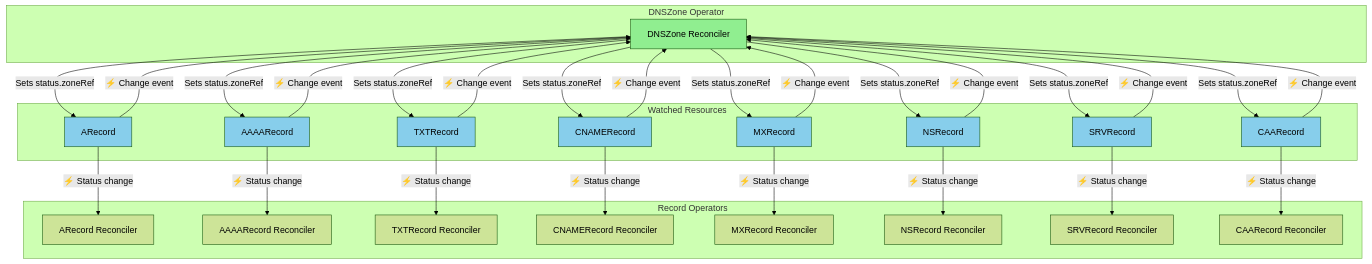
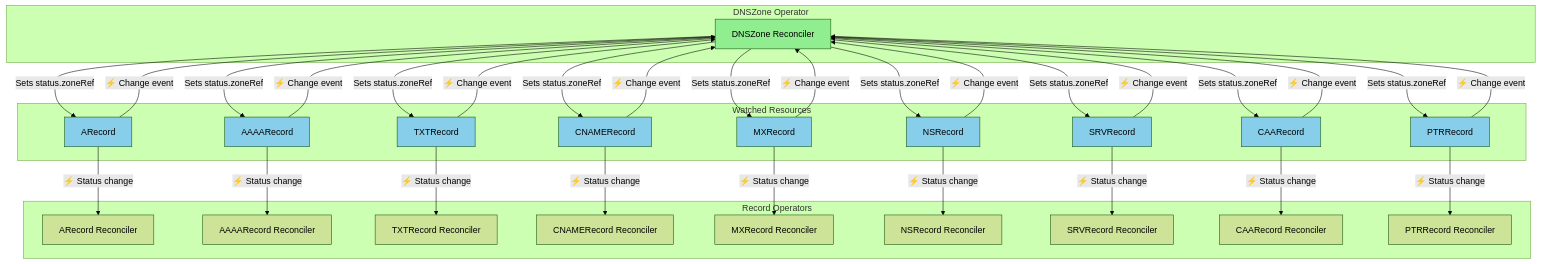
The third of 6 diagrams in docs/src/architecture/label-selector-reconciliation.md (firestoned/bindy), drawn with Mermaid (forest theme) before and after one commit. The commit also changed other lines of this file and 80 other files, not shown here.

````diff
--- a/docs/src/architecture/label-selector-reconciliation.md
+++ b/docs/src/architecture/label-selector-reconciliation.md
@@ -259,65 +259,71 @@
 ```mermaid
 graph TB
     subgraph "DNSZone Operator"
         DZ[DNSZone Reconciler]
     end
 
     subgraph "Watched Resources"
         AR[ARecord]
         AAAA[AAAARecord]
         TXT[TXTRecord]
         CNAME[CNAMERecord]
         MX[MXRecord]
         NS[NSRecord]
         SRV[SRVRecord]
         CAA[CAARecord]
+        PTR[PTRRecord]
     end
 
     subgraph "Record Operators"
         ARC[ARecord Reconciler]
         AAARC[AAAARecord Reconciler]
         TXTRC[TXTRecord Reconciler]
         CNAMERC[CNAMERecord Reconciler]
         MXRC[MXRecord Reconciler]
         NSRC[NSRecord Reconciler]
         SRVRC[SRVRecord Reconciler]
         CAARC[CAARecord Reconciler]
+        PTRRC[PTRRecord Reconciler]
     end
 
     AR -->|⚡ Change event| DZ
     AAAA -->|⚡ Change event| DZ
     TXT -->|⚡ Change event| DZ
     CNAME -->|⚡ Change event| DZ
     MX -->|⚡ Change event| DZ
     NS -->|⚡ Change event| DZ
     SRV -->|⚡ Change event| DZ
     CAA -->|⚡ Change event| DZ
+    PTR -->|⚡ Change event| DZ
 
     DZ -->|Sets status.zoneRef| AR
     DZ -->|Sets status.zoneRef| AAAA
     DZ -->|Sets status.zoneRef| TXT
     DZ -->|Sets status.zoneRef| CNAME
     DZ -->|Sets status.zoneRef| MX
     DZ -->|Sets status.zoneRef| NS
     DZ -->|Sets status.zoneRef| SRV
     DZ -->|Sets status.zoneRef| CAA
+    DZ -->|Sets status.zoneRef| PTR
 
     AR -->|⚡ Status change| ARC
     AAAA -->|⚡ Status change| AAARC
     TXT -->|⚡ Status change| TXTRC
     CNAME -->|⚡ Status change| CNAMERC
     MX -->|⚡ Status change| MXRC
     NS -->|⚡ Status change| NSRC
     SRV -->|⚡ Status change| SRVRC
     CAA -->|⚡ Status change| CAARC
+    PTR -->|⚡ Status change| PTRRC
 
     style DZ fill:#90EE90
     style AR fill:#87CEEB
     style AAAA fill:#87CEEB
     style TXT fill:#87CEEB
     style CNAME fill:#87CEEB
     style MX fill:#87CEEB
     style NS fill:#87CEEB
     style SRV fill:#87CEEB
     style CAA fill:#87CEEB
+    style PTR fill:#87CEEB
 ```
````
